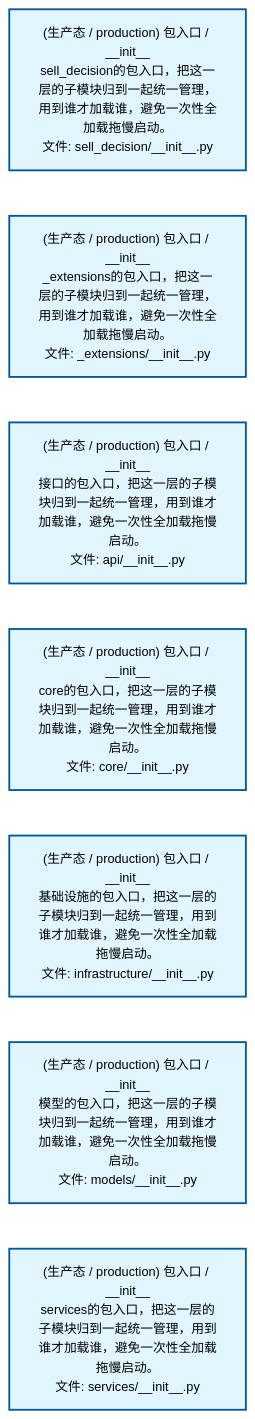
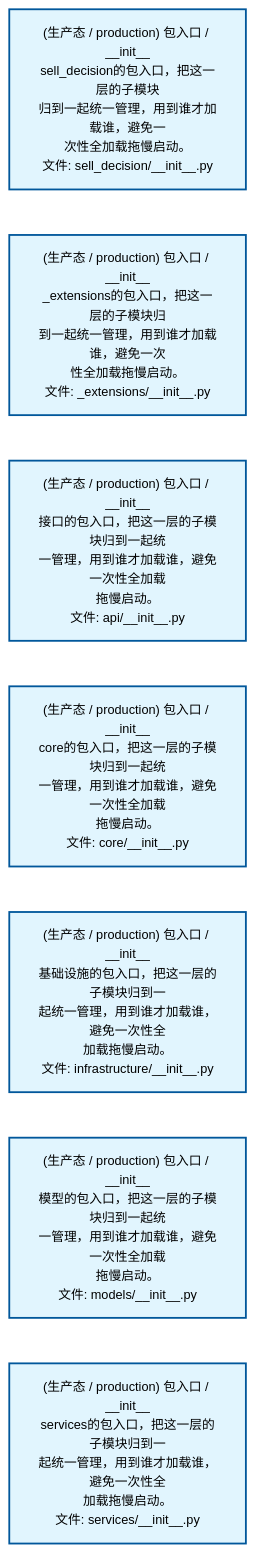
One commit to xuanFelixVan/ZephyrAlpha changed the second of 4 diagrams in docs/02_enterprise_architecture/02_domain_architecture_docs/67_d_sell_decision.md. Above: the diagram before and after it, drawn with Mermaid. The commit also changed other lines of this file and 59 other files, not shown here.

````diff
--- a/docs/02_enterprise_architecture/02_domain_architecture_docs/67_d_sell_decision.md
+++ b/docs/02_enterprise_architecture/02_domain_architecture_docs/67_d_sell_decision.md
@@ -126,22 +126,22 @@
 ```mermaid
 %%{init: {'theme': 'base', 'themeVariables': {'primaryColor': '#eaeaea', 'primaryTextColor': '#333333', 'primaryBorderColor': '#666666', 'lineColor': '#666666', 'secondaryColor': '#eaeaea', 'tertiaryColor': '#eaeaea', 'fontSize': '14px'}}}%%
 flowchart TD
-    src_zephyr_sell_decision_init_py["(生产态 / production) 包入口 / __init__<br/>sell_decision的包入口，把这一层的子模块归到一起统一管理，用到谁才加载谁，避免一次性全加载拖慢启动。<br/>文件: sell_decision/__init__.py"]
-    src_zephyr_sell_decision_extensions_init_py["(生产态 / production) 包入口 / __init__<br/>_extensions的包入口，把这一层的子模块归到一起统一管理，用到谁才加载谁，避免一次性全加载拖慢启动。<br/>文件: _extensions/__init__.py"]
-    src_zephyr_sell_decision_api_init_py["(生产态 / production) 包入口 / __init__<br/>接口的包入口，把这一层的子模块归到一起统一管理，用到谁才加载谁，避免一次性全加载拖慢启动。<br/>文件: api/__init__.py"]
-    src_zephyr_sell_decision_core_init_py["(生产态 / production) 包入口 / __init__<br/>core的包入口，把这一层的子模块归到一起统一管理，用到谁才加载谁，避免一次性全加载拖慢启动。<br/>文件: core/__init__.py"]
-    src_zephyr_sell_decision_infrastructure_init_py["(生产态 / production) 包入口 / __init__<br/>基础设施的包入口，把这一层的子模块归到一起统一管理，用到谁才加载谁，避免一次性全加载拖慢启动。<br/>文件: infrastructure/__init__.py"]
-    src_zephyr_sell_decision_models_init_py["(生产态 / production) 包入口 / __init__<br/>模型的包入口，把这一层的子模块归到一起统一管理，用到谁才加载谁，避免一次性全加载拖慢启动。<br/>文件: models/__init__.py"]
-    src_zephyr_sell_decision_services_init_py["(生产态 / production) 包入口 / __init__<br/>services的包入口，把这一层的子模块归到一起统一管理，用到谁才加载谁，避免一次性全加载拖慢启动。<br/>文件: services/__init__.py"]
+    src_zephyr_sell_decision_init_py["(生产态 / production) 包入口 / __init__<br/>sell_decision的包入口，把这一层的子模块<br/>归到一起统一管理，用到谁才加载谁，避免一<br/>次性全加载拖慢启动。<br/>文件: sell_decision/__init__.py"]
+    src_zephyr_sell_decision_extensions_init_py["(生产态 / production) 包入口 / __init__<br/>_extensions的包入口，把这一层的子模块归<br/>到一起统一管理，用到谁才加载谁，避免一次<br/>性全加载拖慢启动。<br/>文件: _extensions/__init__.py"]
+    src_zephyr_sell_decision_api_init_py["(生产态 / production) 包入口 / __init__<br/>接口的包入口，把这一层的子模块归到一起统<br/>一管理，用到谁才加载谁，避免一次性全加载<br/>拖慢启动。<br/>文件: api/__init__.py"]
+    src_zephyr_sell_decision_core_init_py["(生产态 / production) 包入口 / __init__<br/>core的包入口，把这一层的子模块归到一起统<br/>一管理，用到谁才加载谁，避免一次性全加载<br/>拖慢启动。<br/>文件: core/__init__.py"]
+    src_zephyr_sell_decision_infrastructure_init_py["(生产态 / production) 包入口 / __init__<br/>基础设施的包入口，把这一层的子模块归到一<br/>起统一管理，用到谁才加载谁，避免一次性全<br/>加载拖慢启动。<br/>文件: infrastructure/__init__.py"]
+    src_zephyr_sell_decision_models_init_py["(生产态 / production) 包入口 / __init__<br/>模型的包入口，把这一层的子模块归到一起统<br/>一管理，用到谁才加载谁，避免一次性全加载<br/>拖慢启动。<br/>文件: models/__init__.py"]
+    src_zephyr_sell_decision_services_init_py["(生产态 / production) 包入口 / __init__<br/>services的包入口，把这一层的子模块归到一<br/>起统一管理，用到谁才加载谁，避免一次性全<br/>加载拖慢启动。<br/>文件: services/__init__.py"]
     src_zephyr_sell_decision_init_py ~~~ src_zephyr_sell_decision_extensions_init_py
     src_zephyr_sell_decision_extensions_init_py ~~~ src_zephyr_sell_decision_api_init_py
     src_zephyr_sell_decision_api_init_py ~~~ src_zephyr_sell_decision_core_init_py
     src_zephyr_sell_decision_core_init_py ~~~ src_zephyr_sell_decision_infrastructure_init_py
     src_zephyr_sell_decision_infrastructure_init_py ~~~ src_zephyr_sell_decision_models_init_py
     src_zephyr_sell_decision_models_init_py ~~~ src_zephyr_sell_decision_services_init_py
     classDef production fill:#e1f5fe,stroke:#01579b,stroke-width:2px,color:#000
     classDef design fill:#fff3e0,stroke:#e65100,stroke-width:2px,color:#000,stroke-dasharray: 5 5
     classDef external_prod fill:#e8f4fd,stroke:#0277bd,stroke-width:1px,color:#000
     classDef external_design fill:#fff8e7,stroke:#ef6c00,stroke-width:1px,color:#000,stroke-dasharray: 5 5
     class src_zephyr_sell_decision_init_py,src_zephyr_sell_decision_extensions_init_py,src_zephyr_sell_decision_api_init_py,src_zephyr_sell_decision_core_init_py,src_zephyr_sell_decision_infrastructure_init_py,src_zephyr_sell_decision_models_init_py,src_zephyr_sell_decision_services_init_py production
 ```
````
